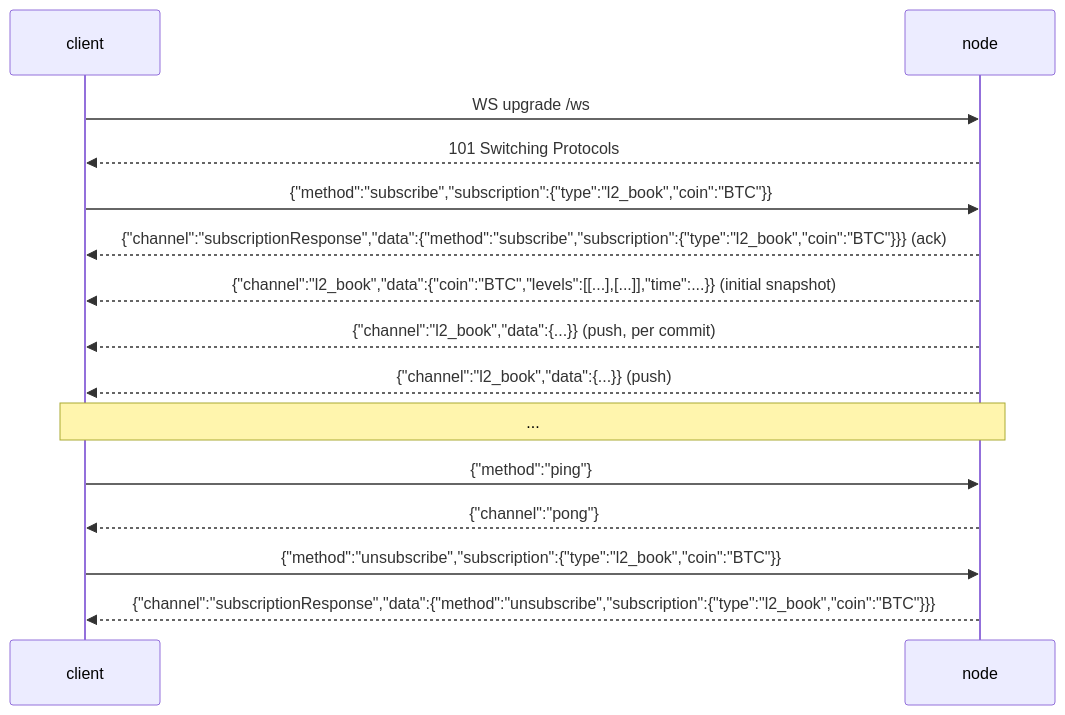
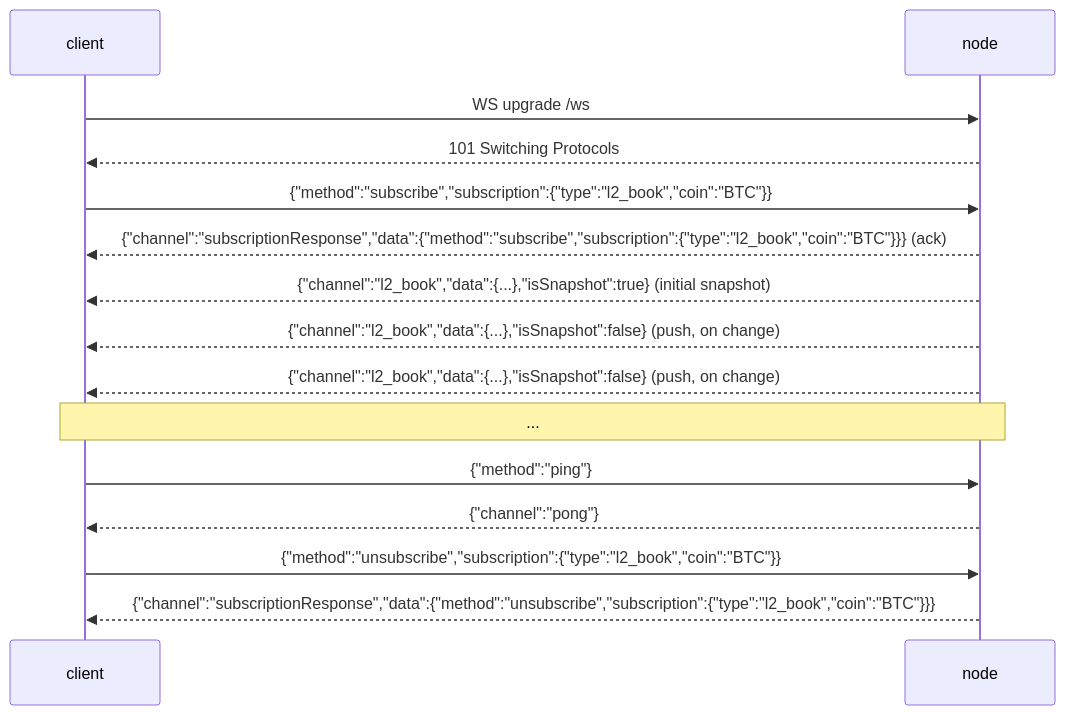
Before and after one commit to mtf-exchange/metaflux-knowledges: the diagram in docs/api/ws/index.md, drawn with Mermaid. The commit also changed other lines of this file and 7 other files, not shown here.

Commit message:
docs(ws): document 0.6.0 change-driven snapshot+delta — isSnapshot flag (true on subscribe, false on delta), full-body frames, backward-compatible

````diff
--- a/docs/api/ws/index.md
+++ b/docs/api/ws/index.md
@@ -25,17 +25,17 @@
 ```mermaid
 sequenceDiagram
     participant client
     participant node
     client->>node: WS upgrade /ws
     node-->>client: 101 Switching Protocols
     client->>node: {"method":"subscribe","subscription":{"type":"l2_book","coin":"BTC"}}
     node-->>client: {"channel":"subscriptionResponse","data":{"method":"subscribe","subscription":{"type":"l2_book","coin":"BTC"}}} (ack)
-    node-->>client: {"channel":"l2_book","data":{"coin":"BTC","levels":[[...],[...]],"time":...}} (initial snapshot)
-    node-->>client: {"channel":"l2_book","data":{...}} (push, per commit)
-    node-->>client: {"channel":"l2_book","data":{...}} (push)
+    node-->>client: {"channel":"l2_book","data":{...},"isSnapshot":true} (initial snapshot)
+    node-->>client: {"channel":"l2_book","data":{...},"isSnapshot":false} (push, on change)
+    node-->>client: {"channel":"l2_book","data":{...},"isSnapshot":false} (push, on change)
     Note over client,node: ...
     client->>node: {"method":"ping"}
     node-->>client: {"channel":"pong"}
     client->>node: {"method":"unsubscribe","subscription":{"type":"l2_book","coin":"BTC"}}
     node-->>client: {"channel":"subscriptionResponse","data":{"method":"unsubscribe","subscription":{"type":"l2_book","coin":"BTC"}}}
 ```
````
